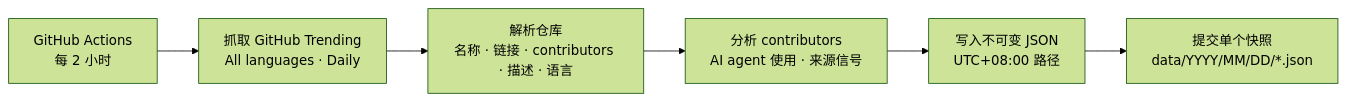
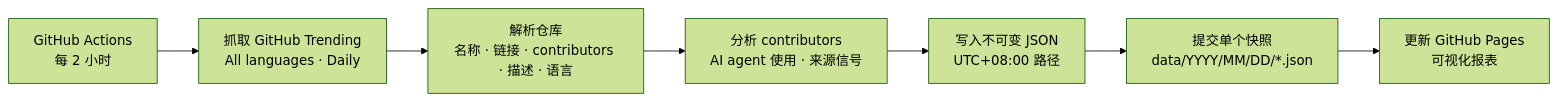
One commit to lurui1997/GeekTrend changed the first of 2 diagrams in README.md. Above: the diagram before and after it, drawn with Mermaid (forest theme). The commit also changed other lines of this file and 11 other files, not shown here.

Commit message:
Add GitHub Pages trend dashboard

````diff
--- a/README.md
+++ b/README.md
@@ -32,8 +37,9 @@
 ```mermaid
 flowchart LR
     A["GitHub Actions<br/>每 2 小时"] --> B["抓取 GitHub Trending<br/>All languages · Daily"]
     B --> C["解析仓库<br/>名称 · 链接 · contributors · 描述 · 语言"]
     C --> D["分析 contributors<br/>AI agent 使用 · 来源信号"]
     D --> E["写入不可变 JSON<br/>UTC+08:00 路径"]
     E --> F["提交单个快照<br/>data/YYYY/MM/DD/*.json"]
+    F --> G["更新 GitHub Pages<br/>可视化报表"]
 ```
````
